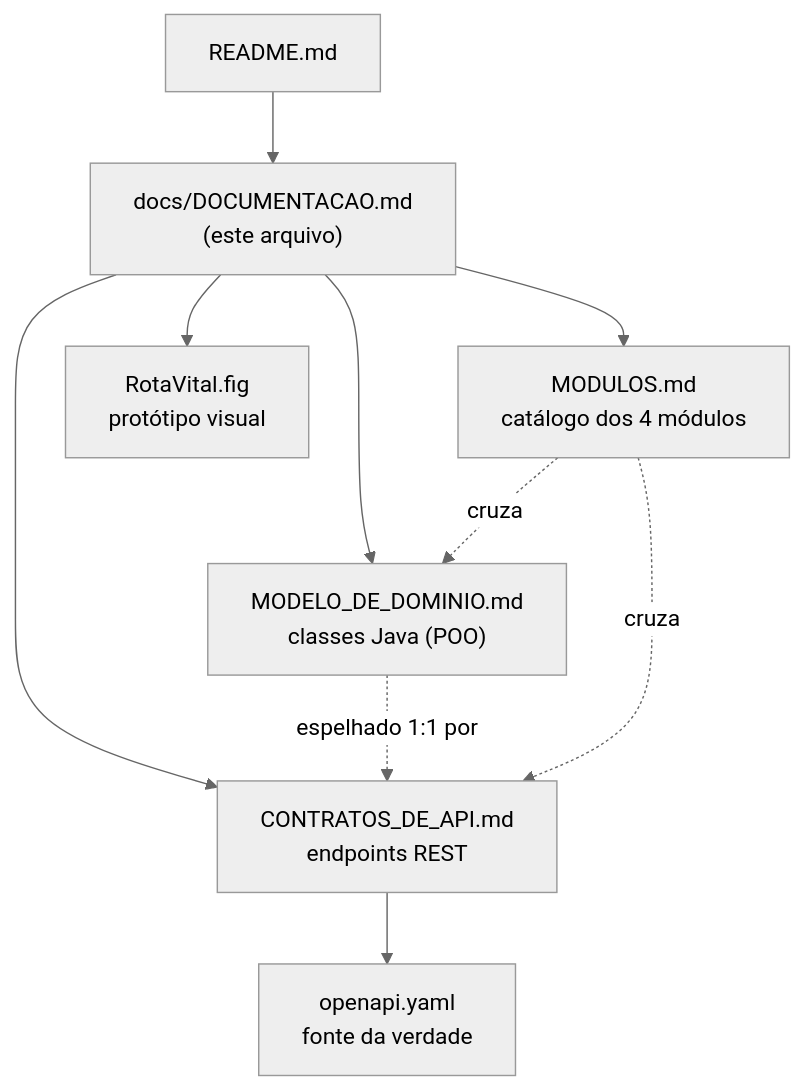
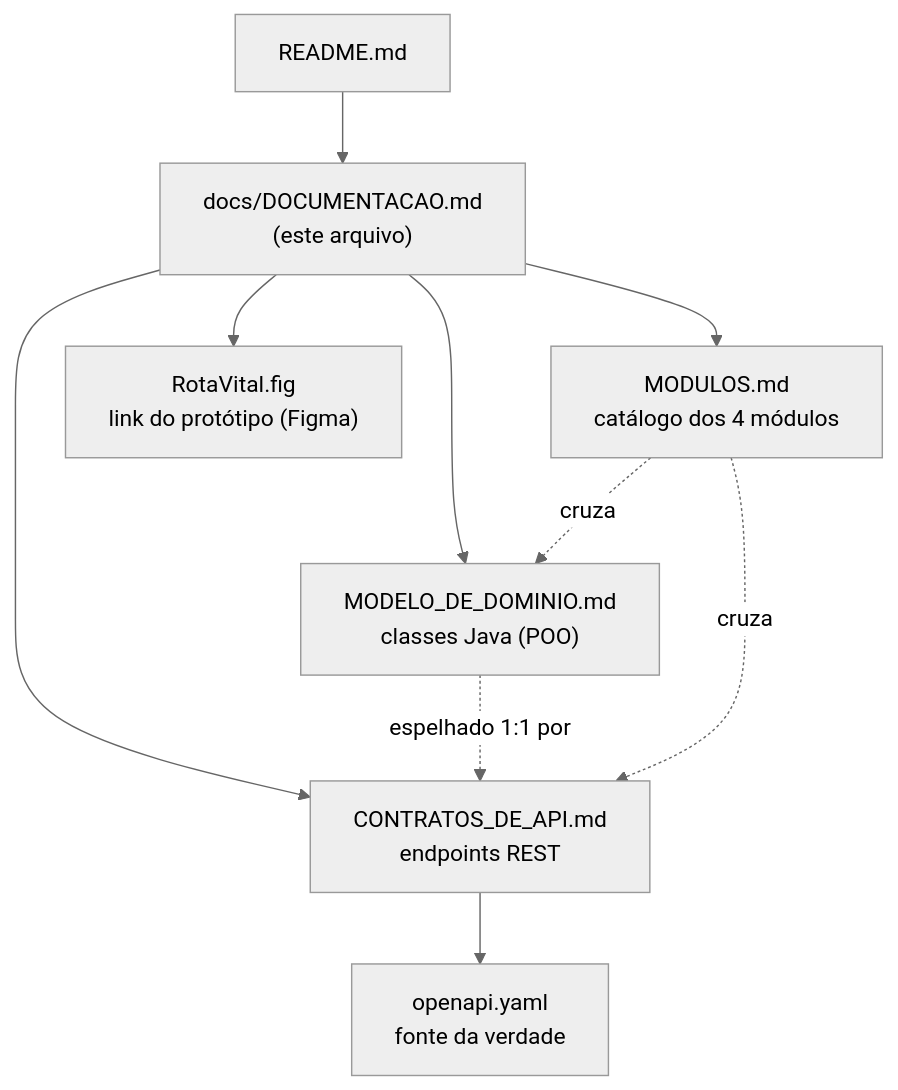
One commit to viictorpaes/Rotavital changed the diagram in docs/DOCUMENTACAO.md. Above: the diagram before and after it, drawn with Mermaid (neutral theme). The commit also changed other lines of this file and 1 other file, not shown here.

Commit message:
feat(ScreenCast1): Video e Protótipo Figma Publicados

````diff
--- a/docs/DOCUMENTACAO.md
+++ b/docs/DOCUMENTACAO.md
@@ -29,12 +29,12 @@
 ```mermaid
 flowchart TD
     R["README.md"] --> IDX["docs/DOCUMENTACAO.md<br/>(este arquivo)"]
     IDX --> DOM["MODELO_DE_DOMINIO.md<br/>classes Java (POO)"]
     IDX --> API["CONTRATOS_DE_API.md<br/>endpoints REST"]
     IDX --> MOD["MODULOS.md<br/>catálogo dos 4 módulos"]
     API --> SPEC["openapi.yaml<br/>fonte da verdade"]
     DOM -. "espelhado 1:1 por" .-> API
     MOD -. "cruza" .-> DOM
     MOD -. "cruza" .-> API
-    IDX --> FIG["RotaVital.fig<br/>protótipo visual"]
+    IDX --> FIG["RotaVital.fig<br/>link do protótipo (Figma)"]
 ```
````
